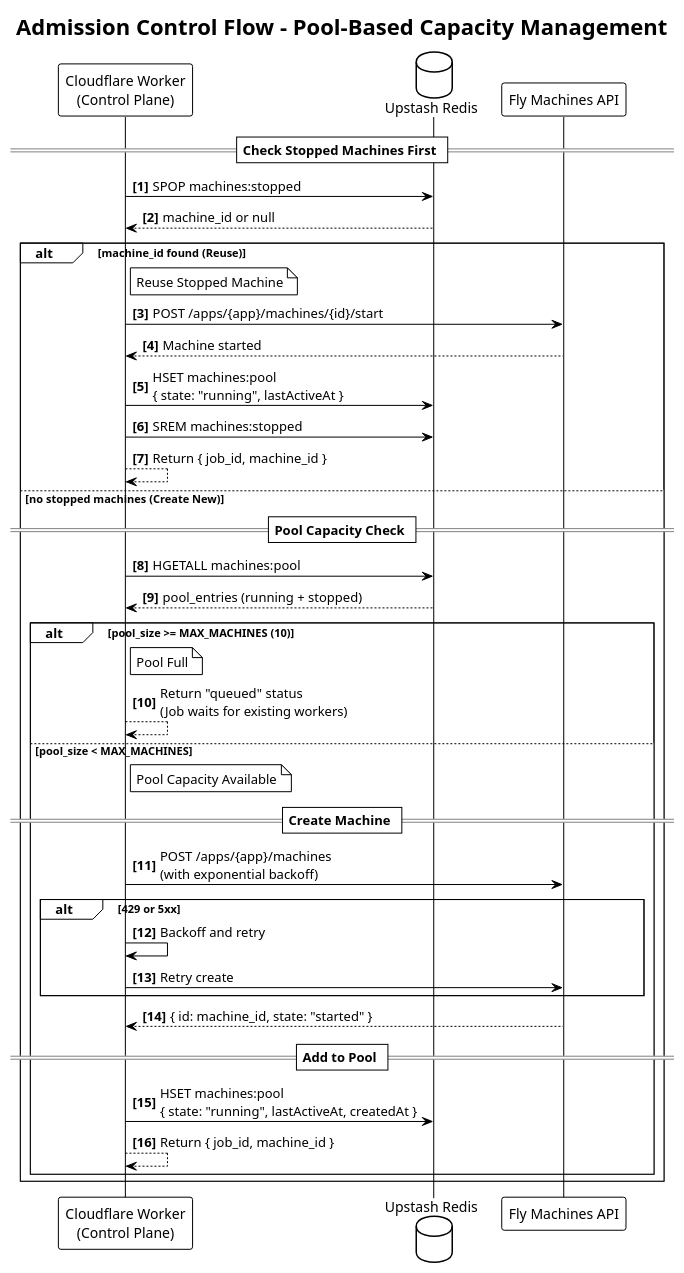
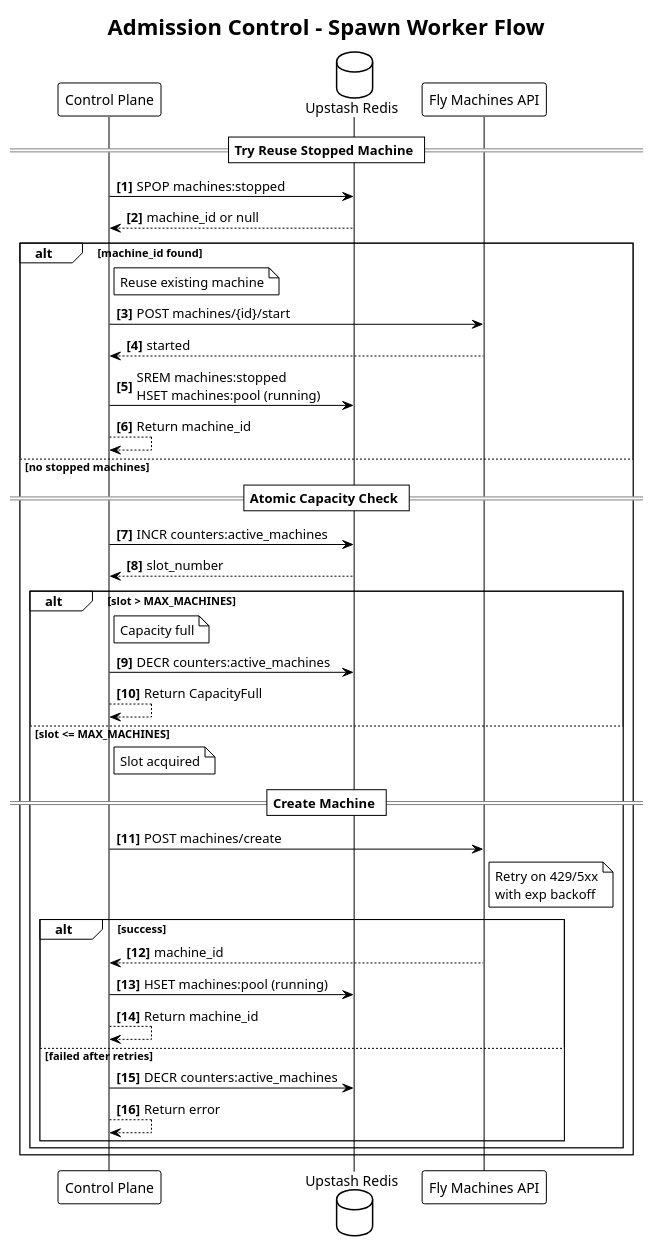
One commit to v0id-user/tcoder changed the diagram in design/architecture/RWOS/Admission Control Flow.plantuml. Above: the diagram before and after it, drawn with PlantUML. The commit also changed other lines of this file and 5 other files, not shown here.

Commit message:
refactor: update Admission Control Flow and Worker Lifecycle diagrams for clarity, renaming components and improving flow representation, while enhancing the reuse logic for stopped machines

```diff
--- a/design/architecture/RWOS/Admission Control Flow.plantuml
+++ b/design/architecture/RWOS/Admission Control Flow.plantuml
@@ -1,52 +1,50 @@
 @startuml RWOS Admission Control Flow
 !theme plain
 skinparam boxPadding 10
 skinparam participantPadding 8
 autonumber "<b>[0]"
 
-title Admission Control Flow - Pool-Based Capacity Management
+title Admission Control - Spawn Worker Flow
 
-participant CF as "Cloudflare Worker\n(Control Plane)"
+participant CP as "Control Plane"
 database Redis as "Upstash Redis"
 participant Fly as "Fly Machines API"
 
-== Check Stopped Machines First ==
-CF -> Redis: SPOP machines:stopped
-Redis --> CF: machine_id or null
+== Try Reuse Stopped Machine ==
+CP -> Redis: SPOP machines:stopped
+Redis --> CP: machine_id or null
 
-alt machine_id found (Reuse)
-    note right of CF: Reuse Stopped Machine
-    CF -> Fly: POST /apps/{app}/machines/{id}/start
-    Fly --> CF: Machine started
-    CF -> Redis: HSET machines:pool\n{ state: "running", lastActiveAt }
-    CF -> Redis: SREM machines:stopped
-    CF --> CF: Return { job_id, machine_id }
-else no stopped machines (Create New)
-    == Pool Capacity Check ==
-    CF -> Redis: HGETALL machines:pool
-    Redis --> CF: pool_entries (running + stopped)
+alt machine_id found
+    note right of CP: Reuse existing machine
+    CP -> Fly: POST machines/{id}/start
+    Fly --> CP: started
+    CP -> Redis: SREM machines:stopped\nHSET machines:pool (running)
+    CP --> CP: Return machine_id
+else no stopped machines
+    == Atomic Capacity Check ==
+    CP -> Redis: INCR counters:active_machines
+    Redis --> CP: slot_number
 
-    alt pool_size >= MAX_MACHINES (10)
-        note right of CF: Pool Full
-        CF --> CF: Return "queued" status\n(Job waits for existing workers)
-    else pool_size < MAX_MACHINES
-        note right of CF: Pool Capacity Available
+    alt slot > MAX_MACHINES
+        note right of CP: Capacity full
+        CP -> Redis: DECR counters:active_machines
+        CP --> CP: Return CapacityFull
+    else slot <= MAX_MACHINES
+        note right of CP: Slot acquired
 
         == Create Machine ==
-        CF -> Fly: POST /apps/{app}/machines\n(with exponential backoff)
+        CP -> Fly: POST machines/create
+        note right of Fly: Retry on 429/5xx\nwith exp backoff
 
-        alt 429 or 5xx
-            CF -> CF: Backoff and retry
-            CF -> Fly: Retry create
+        alt success
+            Fly --> CP: machine_id
+            CP -> Redis: HSET machines:pool (running)
+            CP --> CP: Return machine_id
+        else failed after retries
+            CP -> Redis: DECR counters:active_machines
+            CP --> CP: Return error
         end
-
-        Fly --> CF: { id: machine_id, state: "started" }
-
-        == Add to Pool ==
-        CF -> Redis: HSET machines:pool\n{ state: "running", lastActiveAt, createdAt }
-
-        CF --> CF: Return { job_id, machine_id }
     end
 end
 
 @enduml
```
